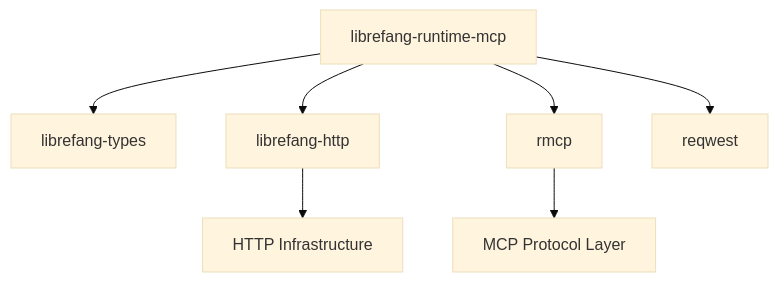
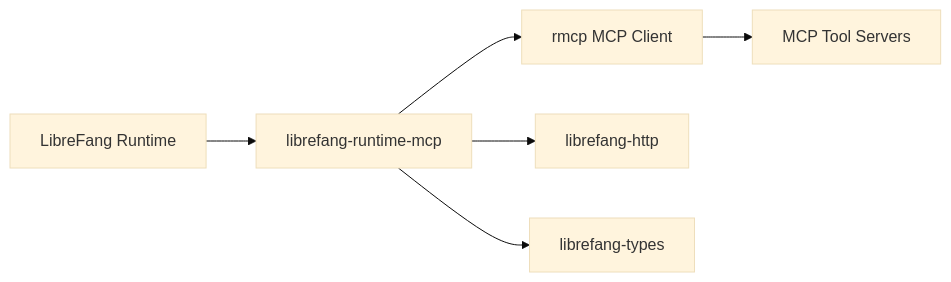
The diagram in other-librefang-runtime-mcp.md (leszek3737/librefang-WIki), drawn with Mermaid (base theme) before and after one commit. The commit also changed other lines of this file and 93 other files, not shown here.

````diff
--- a/other-librefang-runtime-mcp.md
+++ b/other-librefang-runtime-mcp.md
@@ -18,9 +13,8 @@
 ```mermaid
-graph TD
-    A[librefang-runtime-mcp] --> B[librefang-types]
-    A --> C[librefang-http]
-    A --> D[rmcp]
-    A --> E[reqwest]
-    D --> F[MCP Protocol Layer]
-    C --> G[HTTP Infrastructure]
+graph LR
+    A[LibreFang Runtime] --> B[librefang-runtime-mcp]
+    B --> C[rmcp MCP Client]
+    B --> D[librefang-http]
+    B --> E[librefang-types]
+    C --> F[MCP Tool Servers]
 ```
````
